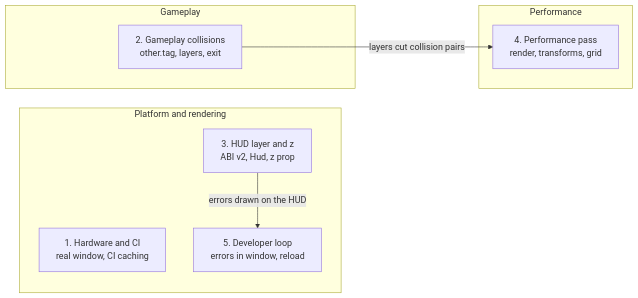
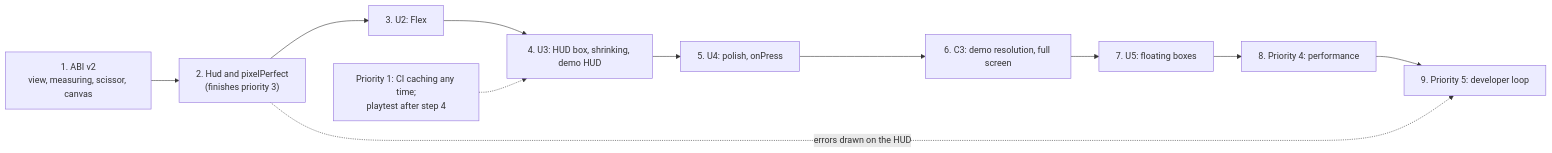
One commit to nengler/react-game-engine changed the diagram in docs/NEXT_PRIORITIES.md. Above: the diagram before and after it, drawn with Mermaid. The commit also changed other lines of this file and 1 other file, not shown here.

````diff
--- a/docs/NEXT_PRIORITIES.md
+++ b/docs/NEXT_PRIORITIES.md
@@ -126,14 +141,8 @@
 ```mermaid
 flowchart LR
-  subgraph platform["Platform and rendering"]
-    P1["1. Hardware and CI<br/>real window, CI caching"]
-    P3["3. HUD layer and z<br/>ABI v2, Hud, z prop"] -->|errors drawn on the HUD| P5["5. Developer loop<br/>errors in window, reload"]
-  end
-  subgraph gameplay["Gameplay"]
-    P2["2. Gameplay collisions<br/>other.tag, layers, exit"]
-  end
-  subgraph performance["Performance"]
-    P4["4. Performance pass<br/>render, transforms, grid"]
-  end
-  P2 -->|layers cut collision pairs| P4
+  A["1. ABI v2<br/>view, measuring, scissor, canvas"] --> B["2. Hud and pixelPerfect<br/>(finishes priority 3)"]
+  B --> U2["3. U2: Flex"] --> U3["4. U3: HUD box, shrinking, demo HUD"] --> U4["5. U4: polish, onPress"] --> C3["6. C3: demo resolution, full screen"] --> U5["7. U5: floating boxes"]
+  U5 --> P4["8. Priority 4: performance"] --> P5["9. Priority 5: developer loop"]
+  B -.->|errors drawn on the HUD| P5
+  P1["Priority 1: CI caching any time;<br/>playtest after step 4"] -.-> U3
 ```
````
